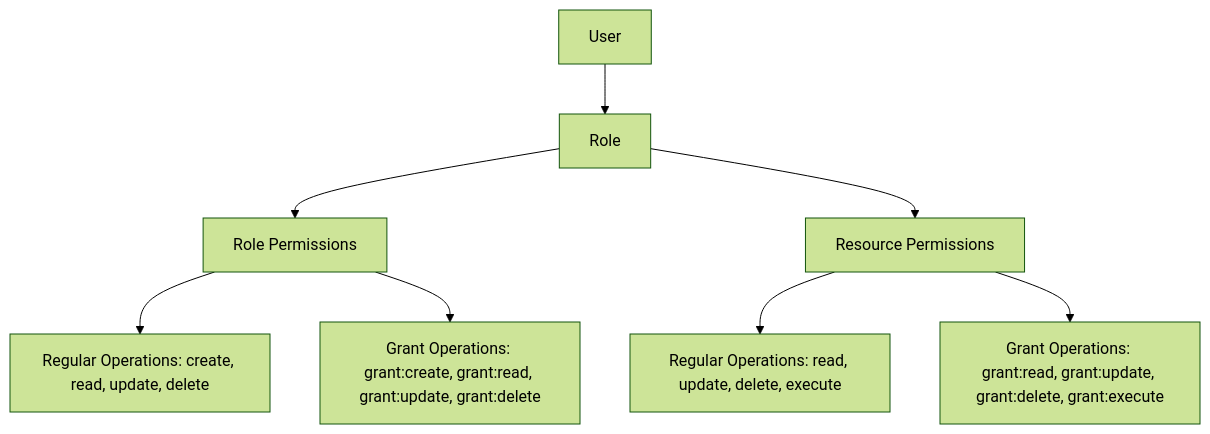
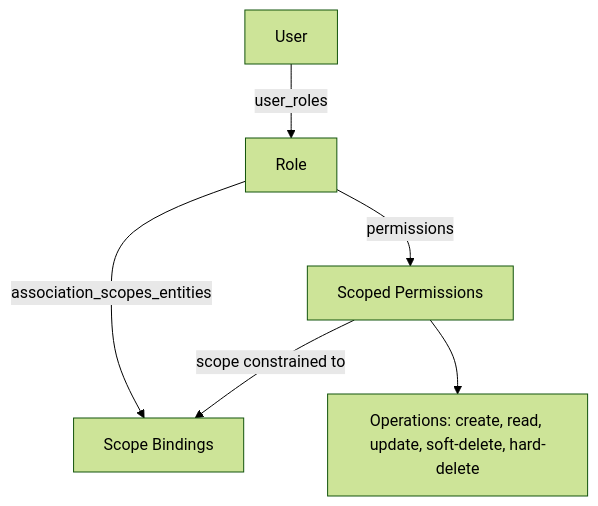
Before and after one commit to lablup/backend.ai: the diagram in proposals/BEP-1008-RBAC.md, drawn with Mermaid (forest theme). The commit also changed other lines of this file and 4 other files, not shown here.

First line of the commit message:
docs: redesign RBAC role-scope binding and deprecate global scope

````diff
--- a/proposals/BEP-1008-RBAC.md
+++ b/proposals/BEP-1008-RBAC.md
@@ -26,10 +26,8 @@
 ```mermaid
 graph TD
-    A[User] --> B[Role]
-    B --> C[Role Permissions]
-    B --> D[Resource Permissions]
-    C --> E[Regular Operations: create, read, update, delete]
-    C --> F[Grant Operations: grant:create, grant:read, grant:update, grant:delete]
-    D --> G[Regular Operations: read, update, delete, execute]
-    D --> H[Grant Operations: grant:read, grant:update, grant:delete, grant:execute]
+    A[User] -->|user_roles| B[Role]
+    B -->|association_scopes_entities| S[Scope Bindings]
+    B -->|permissions| C[Scoped Permissions]
+    C -->|scope constrained to| S
+    C --> E[Operations: create, read, update, soft-delete, hard-delete]
 ```
````
